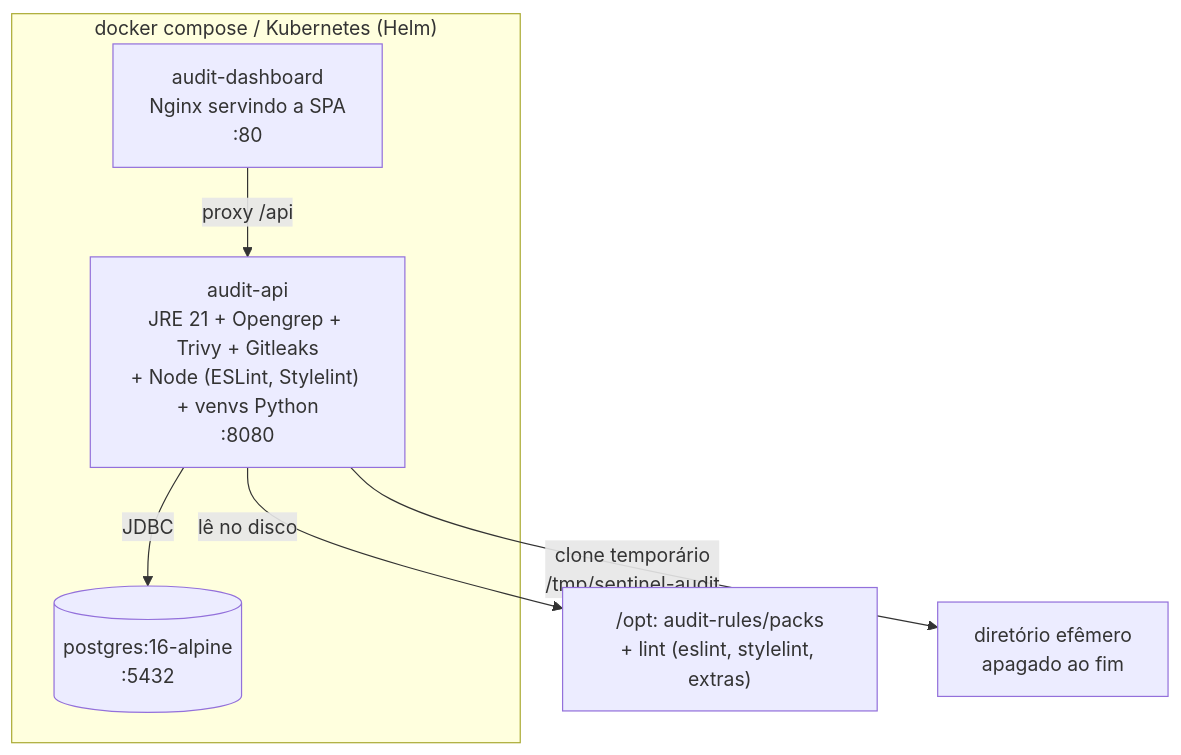
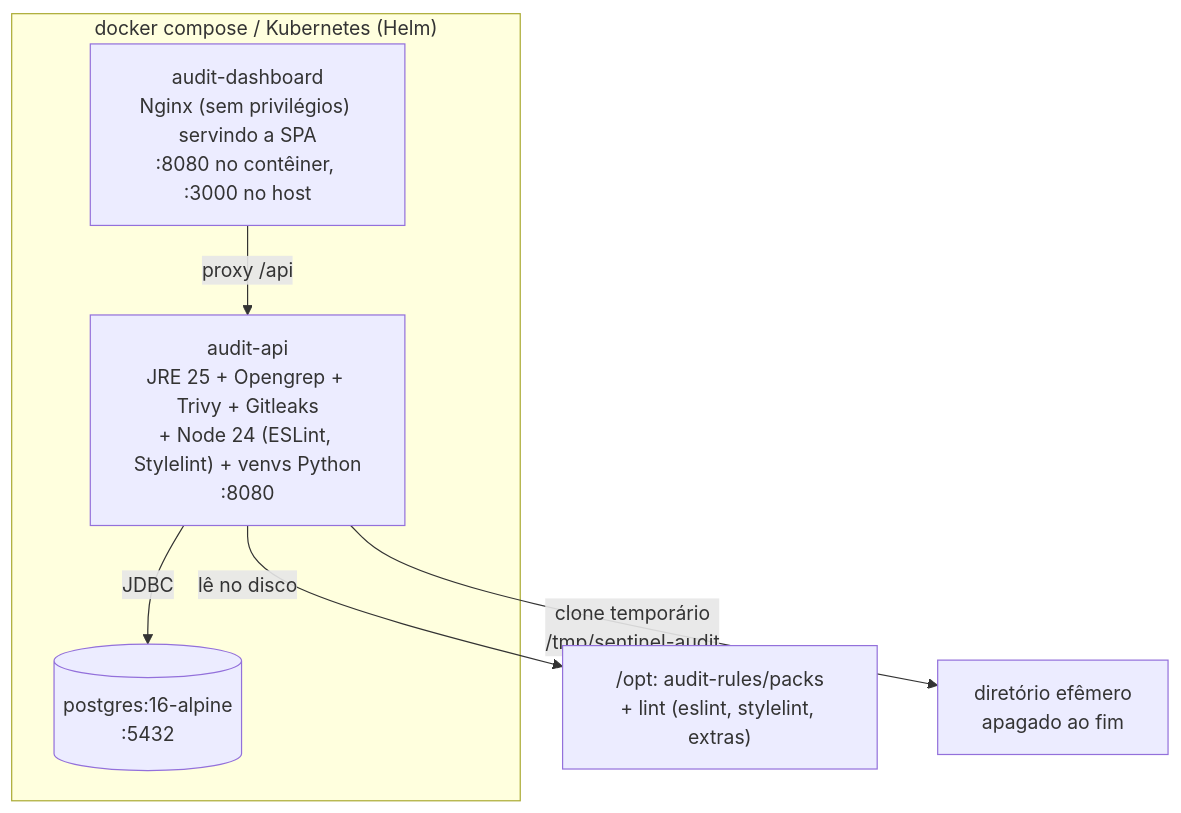
One commit to joaopaulosistemas/sentinel changed the second of 14 diagrams in docs/arquitetura/ARQUITETURA.md. Above: the diagram before and after it, drawn with Mermaid. The commit also changed other lines of this file and 10 other files, not shown here.

````diff
--- a/docs/arquitetura/ARQUITETURA.md
+++ b/docs/arquitetura/ARQUITETURA.md
@@ -72,12 +72,12 @@
 ```mermaid
 flowchart TB
     subgraph Host["docker compose / Kubernetes (Helm)"]
-        NG["audit-dashboard\nNginx servindo a SPA\n:80"]
-        AP["audit-api\nJRE 21 + Opengrep + Trivy + Gitleaks\n+ Node (ESLint, Stylelint) + venvs Python\n:8080"]
+        NG["audit-dashboard\nNginx (sem privilégios) servindo a SPA\n:8080 no contêiner, :3000 no host"]
+        AP["audit-api\nJRE 25 + Opengrep + Trivy + Gitleaks\n+ Node 24 (ESLint, Stylelint) + venvs Python\n:8080"]
         PG[("postgres:16-alpine\n:5432")]
     end
     NG -- "proxy /api" --> AP
     AP -- "JDBC" --> PG
     AP -- "lê no disco" --> PK["/opt: audit-rules/packs\n+ lint (eslint, stylelint, extras)"]
     AP -- "clone temporário\n/tmp/sentinel-audit" --> TMP["diretório efêmero\napagado ao fim"]
 ```
````
